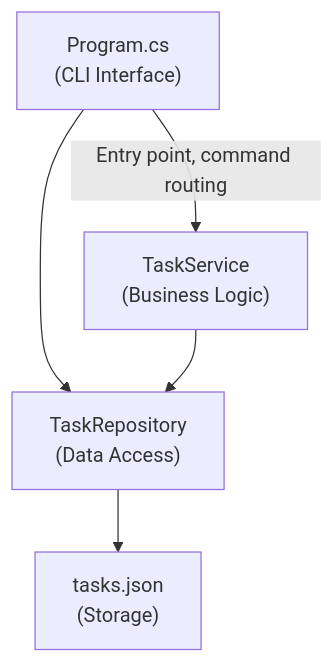
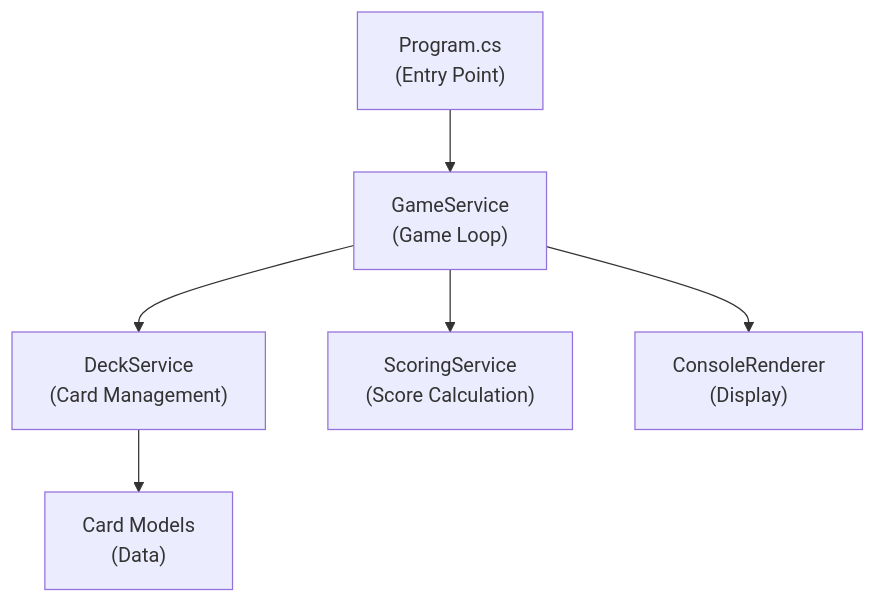
One commit to stephbu/AgentWorkshop changed the first of 2 diagrams in 01-greenfield/IMPLEMENTATION-PLAN-TEMPLATE.md. Above: the diagram before and after it, drawn with Mermaid. The commit also changed other lines of this file and 6 other files, not shown here.

````diff
--- a/01-greenfield/IMPLEMENTATION-PLAN-TEMPLATE.md
+++ b/01-greenfield/IMPLEMENTATION-PLAN-TEMPLATE.md
@@ -40,7 +40,8 @@
 ```mermaid
 flowchart TD
-    A["Program.cs<br/>(CLI Interface)"] -->|Entry point, command routing| B["TaskService<br/>(Business Logic)"]
-    A --> C["TaskRepository<br/>(Data Access)"]
-    B --> C
-    C --> D["tasks.json<br/>(Storage)"]
+    A["Program.cs<br/>(Entry Point)"] --> B["GameService<br/>(Game Loop)"]
+    B --> C["DeckService<br/>(Card Management)"]
+    B --> D["ScoringService<br/>(Score Calculation)"]
+    B --> E["ConsoleRenderer<br/>(Display)"]
+    C --> F["Card Models<br/>(Data)"]
 ```
````
